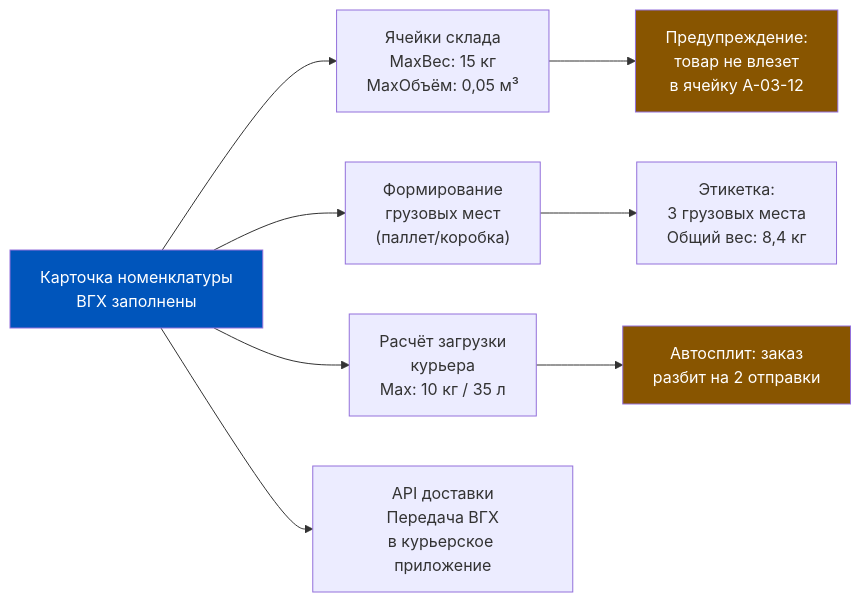
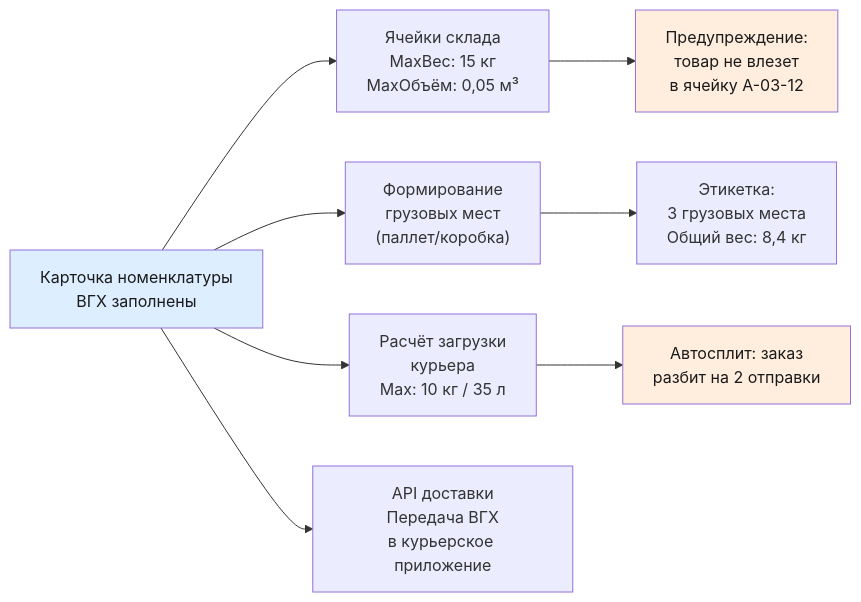
Before and after one commit to murad1986/1c-erp-quartz: the second of 9 diagrams in content/1c-erp/week_4/Неделя 4 - День 5 - Весогабаритные характеристики.md, drawn with Mermaid. The commit also changed other lines of this file and 57 other files, not shown here.

First line of the commit message:
fix: Mermaid — пастельные цвета в источниках диаграмм (56 файлов)

````diff
--- a/content/1c-erp/week_4/Неделя 4 - День 5 - Весогабаритные характеристики.md
+++ b/content/1c-erp/week_4/Неделя 4 - День 5 - Весогабаритные характеристики.md
@@ -101,14 +101,14 @@
 ```mermaid
 graph LR
     A["Карточка номенклатуры<br/>ВГХ заполнены"] --> B["Ячейки склада<br/>MaxВес: 15 кг<br/>MaxОбъём: 0,05 м³"]
     A --> C["Формирование<br/>грузовых мест<br/>(паллет/коробка)"]
     A --> D["Расчёт загрузки<br/>курьера<br/>Max: 10 кг / 35 л"]
     A --> E["API доставки<br/>Передача ВГХ<br/>в курьерское приложение"]
     B --> F["Предупреждение:<br/>товар не влезет<br/>в ячейку A-03-12"]
     C --> G["Этикетка:<br/>3 грузовых места<br/>Общий вес: 8,4 кг"]
     D --> H["Автосплит: заказ<br/>разбит на 2 отправки"]
 
-    style A fill:#0055BB,color:#fff
-    style F fill:#885500,color:#fff
-    style H fill:#885500,color:#fff
+    style A fill:#dceeff,color:#1a1a1a
+    style F fill:#ffeedd,color:#1a1a1a
+    style H fill:#ffeedd,color:#1a1a1a
 ```
````
